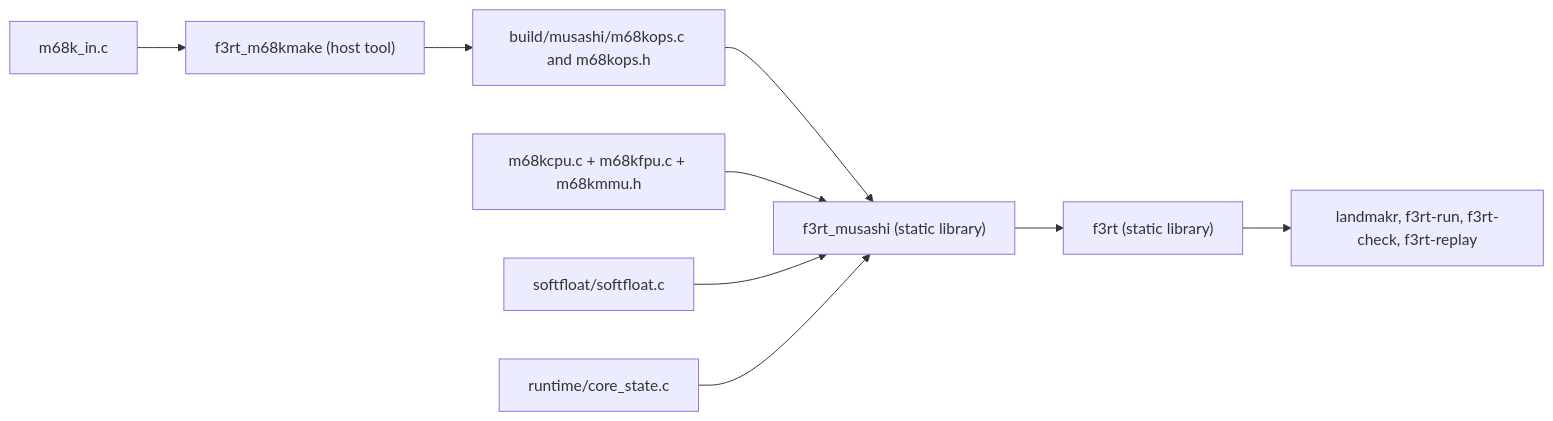
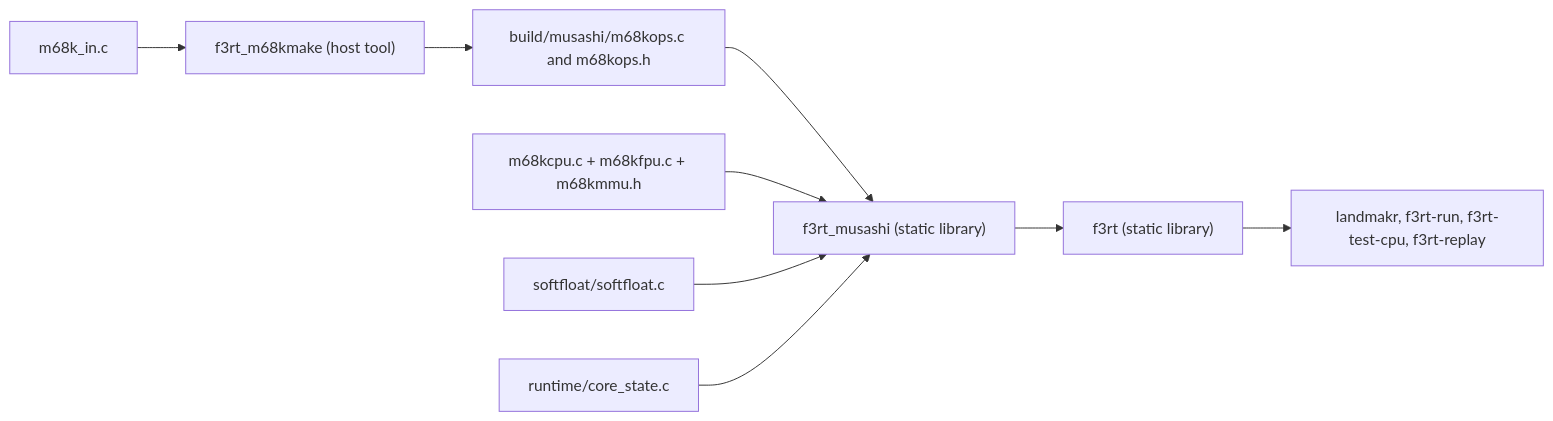
One commit to ansxor/f3-recomp changed the diagram in docs/site/developer/runtime/musashi.md. Above: the diagram before and after it, drawn with Mermaid. The commit also changed other lines of this file and 59 other files, not shown here.

````diff
--- a/docs/site/developer/runtime/musashi.md
+++ b/docs/site/developer/runtime/musashi.md
@@ -71,11 +71,11 @@
 ```mermaid
 flowchart LR
   IN["m68k_in.c"] --> MK["f3rt_m68kmake (host tool)"]
   MK --> OPS["build/musashi/m68kops.c and m68kops.h"]
   OPS --> LIB["f3rt_musashi (static library)"]
   CPU["m68kcpu.c + m68kfpu.c + m68kmmu.h"] --> LIB
   SF["softfloat/softfloat.c"] --> LIB
   CS["runtime/core_state.c"] --> LIB
   LIB --> F3["f3rt (static library)"]
-  F3 --> EXE["landmakr, f3rt-run, f3rt-check, f3rt-replay"]
+  F3 --> EXE["landmakr, f3rt-run, f3rt-test-cpu, f3rt-replay"]
 ```
````
